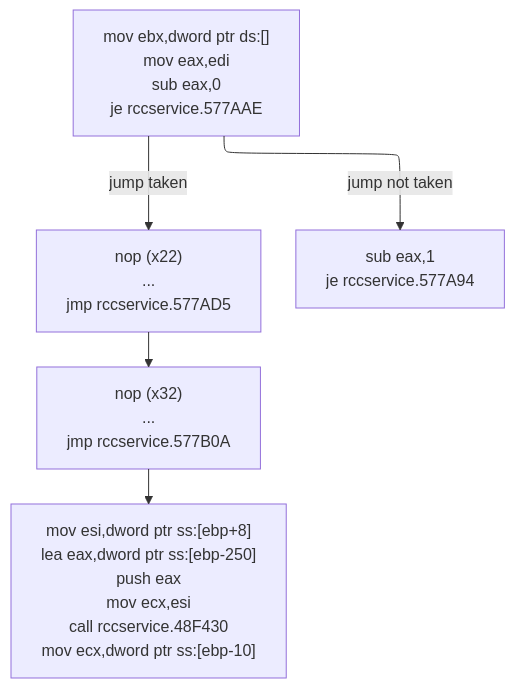
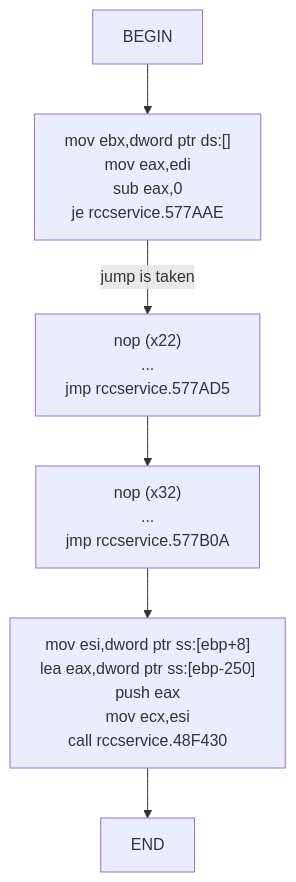
The second of 2 diagrams in RedirectAppDataDirectory/README.md (yakovexplorer/Roblox-Freedom-Distribution-Guides), drawn with Mermaid before and after one commit. The commit also changed other lines of this file and 4 other files, not shown here.

````diff
--- a/RedirectAppDataDirectory/README.md
+++ b/RedirectAppDataDirectory/README.md
@@ -157,17 +178,16 @@
 ```mermaid
 ---
 config:
   themeVariables:
     fontFamily: Monospace
   flowchart:
     markdownAutoWrap: false
     wrappingWidth: 6767
-  layout: elk
 ---
 flowchart TB
-    0["mov ebx,dword ptr ds:[<SHGetFolderPathAndSubDirW>]<br>mov eax,edi<br>sub eax,0<br>je rccservice.577AAE"] -- jump taken --> 1
-    1["nop (x22)<br>...<br>jmp rccservice.577AD5"] --> 2
-    2["nop (x32)<br>...<br>jmp rccservice.577B0A"] --> 3
-    3["mov esi,dword ptr ss:[ebp+8]<br>lea eax,dword ptr ss:[ebp-250]<br>push eax<br>mov ecx,esi<br>call rccservice.48F430<br>mov ecx,dword ptr ss:[ebp-10]"]
-    0 -- jump not taken --> 0J["sub eax,1<br>je rccservice.577A94"]
+    BEGIN["BEGIN"] --> 0["mov ebx,dword ptr ds:[]<br>mov eax,edi<br>sub eax,0<br>je rccservice.577AAE"]
+    0 -- jump is taken --> 1["nop (x22)<br>...<br>jmp rccservice.577AD5"]
+    1 --> 2["nop (x32)<br>...<br>jmp rccservice.577B0A"]
+    2 --> 3["mov esi,dword ptr ss:[ebp+8]<br>lea eax,dword ptr ss:[ebp-250]<br>push eax<br>mov ecx,esi<br>call rccservice.48F430"]
+    3 --> END["END"]
 ```
````
